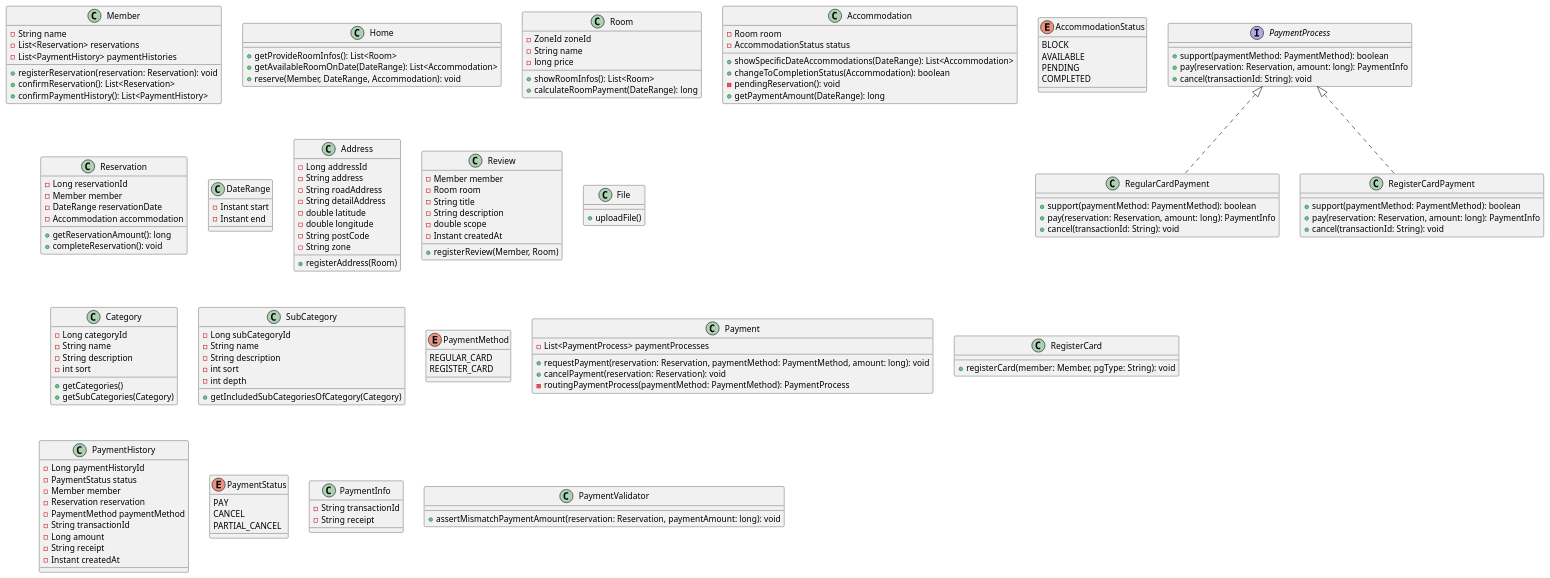
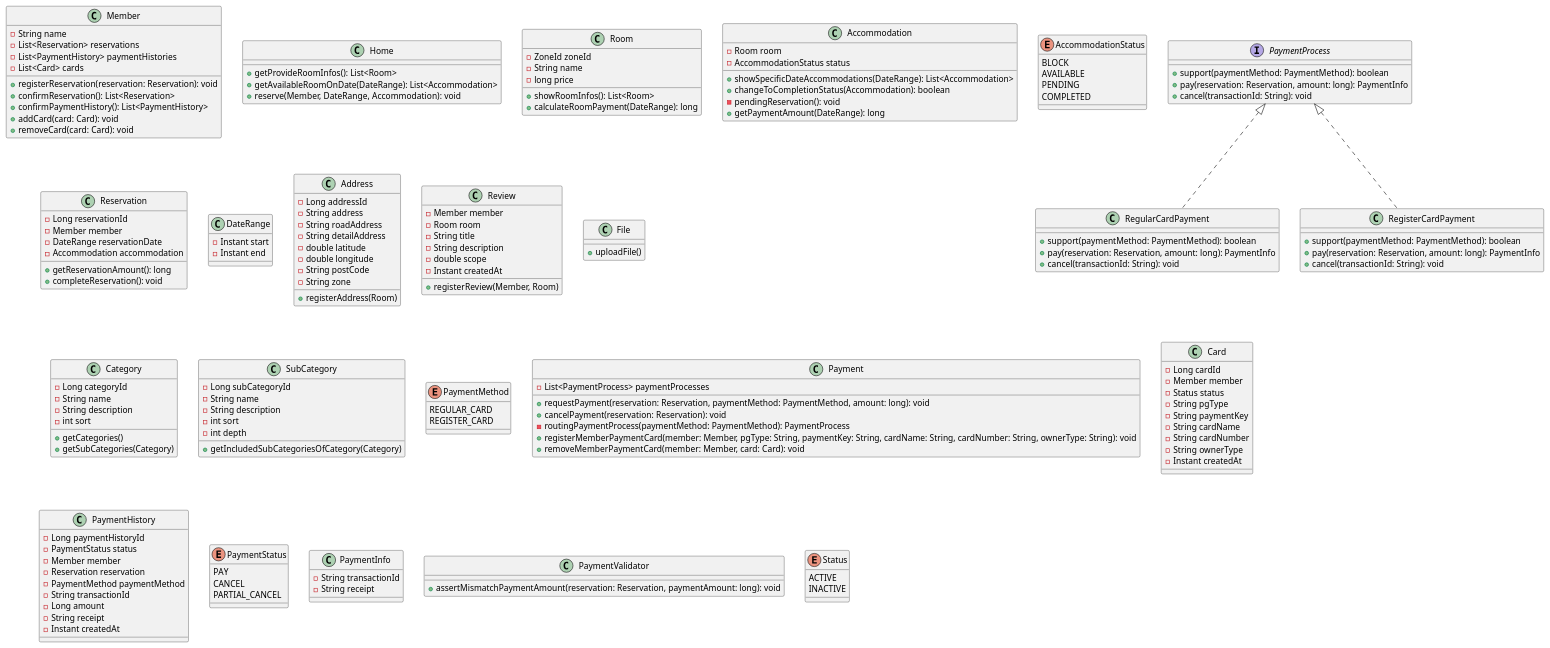
Before and after one commit to f-lab-edu/room-reservation-service: the diagram in class-diagram.puml, drawn with PlantUML. The commit also changed 4 other files, not shown here.

```diff
--- a/class-diagram.puml
+++ b/class-diagram.puml
@@ -1,160 +1,178 @@
 @startuml
 class Member {
   -String name
   -List<Reservation> reservations
   -List<PaymentHistory> paymentHistories
+  -List<Card> cards
   +registerReservation(reservation: Reservation): void
   +confirmReservation(): List<Reservation>
   +confirmPaymentHistory(): List<PaymentHistory>
+  +addCard(card: Card): void
+  +removeCard(card: Card): void
 }
 
 class Home {
   +getProvideRoomInfos(): List<Room>
   +getAvailableRoomOnDate(DateRange): List<Accommodation>
   +reserve(Member, DateRange, Accommodation): void
 }
 
 class Room {
   -ZoneId zoneId
   -String name
   -long price
   +showRoomInfos(): List<Room>
   +calculateRoomPayment(DateRange): long
 }
 
 class Accommodation {
   -Room room
   -AccommodationStatus status
   +showSpecificDateAccommodations(DateRange): List<Accommodation>
   +changeToCompletionStatus(Accommodation): boolean
   -pendingReservation(): void
   +getPaymentAmount(DateRange): long
 }
 
 enum AccommodationStatus {
   BLOCK
   AVAILABLE
   PENDING
   COMPLETED
 }
 
 class Reservation {
   -Long reservationId
   -Member member
   -DateRange reservationDate
   -Accommodation accommodation
   +getReservationAmount(): long
   +completeReservation(): void
 }
 
 class DateRange {
   -Instant start
   -Instant end
 }
 
 class Address {
   -Long addressId
   -String address
   -String roadAddress
   -String detailAddress
   -double latitude
   -double longitude
   -String postCode
   -String zone
   +registerAddress(Room)
 }
 
 class Review {
   -Member member
   -Room room
   -String title
   -String description
   -double scope
   -Instant createdAt
   +registerReview(Member, Room)
 }
 
 class File {
   +uploadFile()
 }
 
 class Category {
   -Long categoryId
   -String name
   -String description
   -int sort
   +getCategories()
   +getSubCategories(Category)
 }
 
 class SubCategory {
   -Long subCategoryId
   -String name
   -String description
   -int sort
   -int depth
   +getIncludedSubCategoriesOfCategory(Category)
 }
 
 enum PaymentMethod {
   REGULAR_CARD
   REGISTER_CARD
 }
 
 class Payment {
  -List<PaymentProcess> paymentProcesses
  +requestPayment(reservation: Reservation, paymentMethod: PaymentMethod, amount: long): void
  +cancelPayment(reservation: Reservation): void
  -routingPaymentProcess(paymentMethod: PaymentMethod): PaymentProcess
+ +registerMemberPaymentCard(member: Member, pgType: String, paymentKey: String, cardName: String, cardNumber: String, ownerType: String): void
+ +removeMemberPaymentCard(member: Member, card: Card): void
 }
 
-class RegisterCard {
- +registerCard(member: Member, pgType: String): void
+class Card {
+ -Long cardId
+ -Member member
+ -Status status
+ -String pgType
+ -String paymentKey
+ -String cardName
+ -String cardNumber
+ -String ownerType
+ -Instant createdAt
 }
 
 interface PaymentProcess {
  +support(paymentMethod: PaymentMethod): boolean
  +pay(reservation: Reservation, amount: long): PaymentInfo
  +cancel(transactionId: String): void
 }
 
 class RegularCardPayment implements PaymentProcess {
  +support(paymentMethod: PaymentMethod): boolean
  +pay(reservation: Reservation, amount: long): PaymentInfo
  +cancel(transactionId: String): void
 }
 
 class RegisterCardPayment implements PaymentProcess  {
  +support(paymentMethod: PaymentMethod): boolean
  +pay(reservation: Reservation, amount: long): PaymentInfo
  +cancel(transactionId: String): void
 }
 
 class PaymentHistory {
  -Long paymentHistoryId
  -PaymentStatus status
  -Member member
  -Reservation reservation
  -PaymentMethod paymentMethod
  -String transactionId
  -Long amount
  -String receipt
  -Instant createdAt
 }
 
 enum PaymentStatus {
  PAY
  CANCEL
  PARTIAL_CANCEL
 }
 
 class PaymentInfo {
  -String transactionId
  -String receipt
 }
 
 class PaymentValidator {
  +assertMismatchPaymentAmount(reservation: Reservation, paymentAmount: long): void
 }
 
+'공통 분류'
+enum Status {
+ ACTIVE
+ INACTIVE
+}
 @enduml
```
